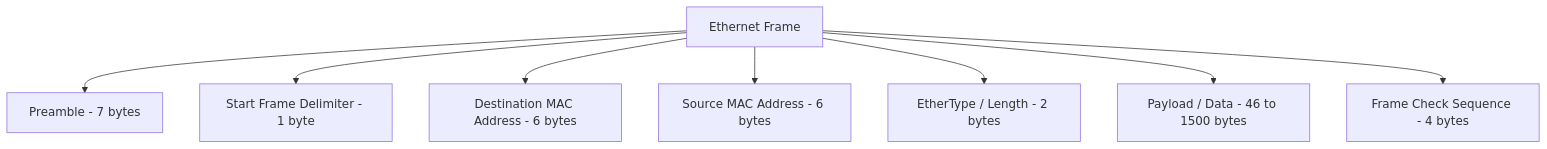
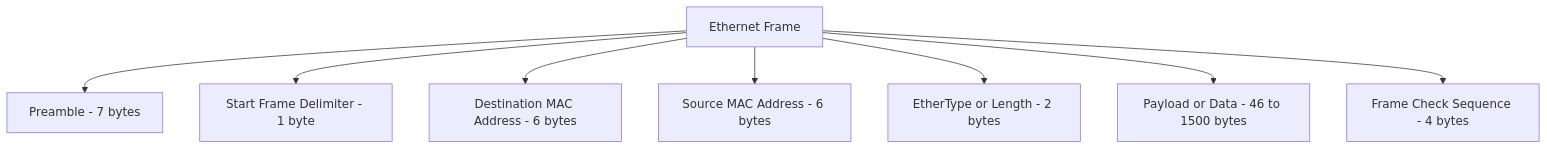
The diagram in s5/CN/README.md (djmahe4/ktu-mindmaps), drawn with Mermaid before and after one commit.

Commit message:
Clarify EtherType and Payload descriptions

````diff
--- a/s5/CN/README.md
+++ b/s5/CN/README.md
@@ -2,12 +2,11 @@
 ```mermaid
 graph TD
     A[Ethernet Frame]
     A --> B[Preamble - 7 bytes]
     A --> C[Start Frame Delimiter - 1 byte]
     A --> D[Destination MAC Address - 6 bytes]
     A --> E[Source MAC Address - 6 bytes]
-    A --> F[EtherType / Length - 2 bytes]
-    A --> G[Payload / Data - 46 to 1500 bytes]
+    A --> F[EtherType or Length - 2 bytes]
+    A --> G[Payload or Data - 46 to 1500 bytes]
     A --> H[Frame Check Sequence - 4 bytes]
-
 ```
````
